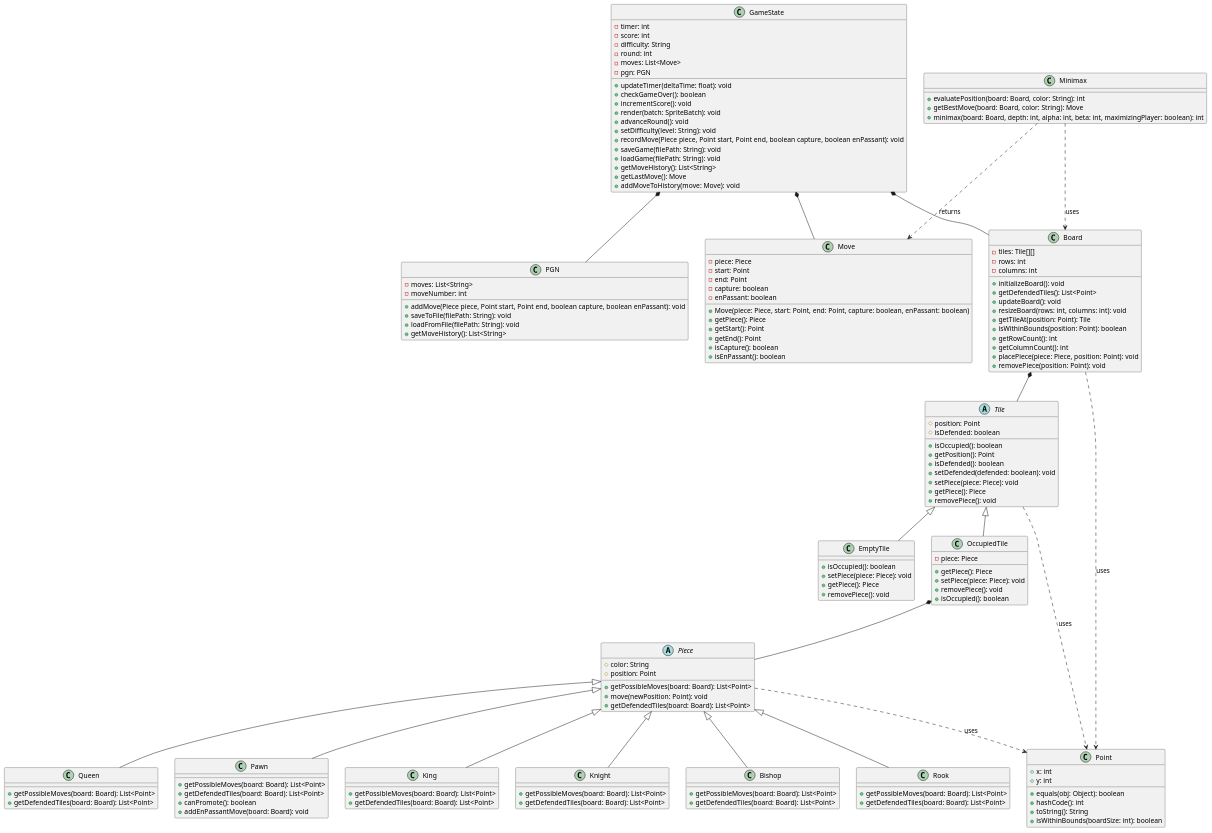
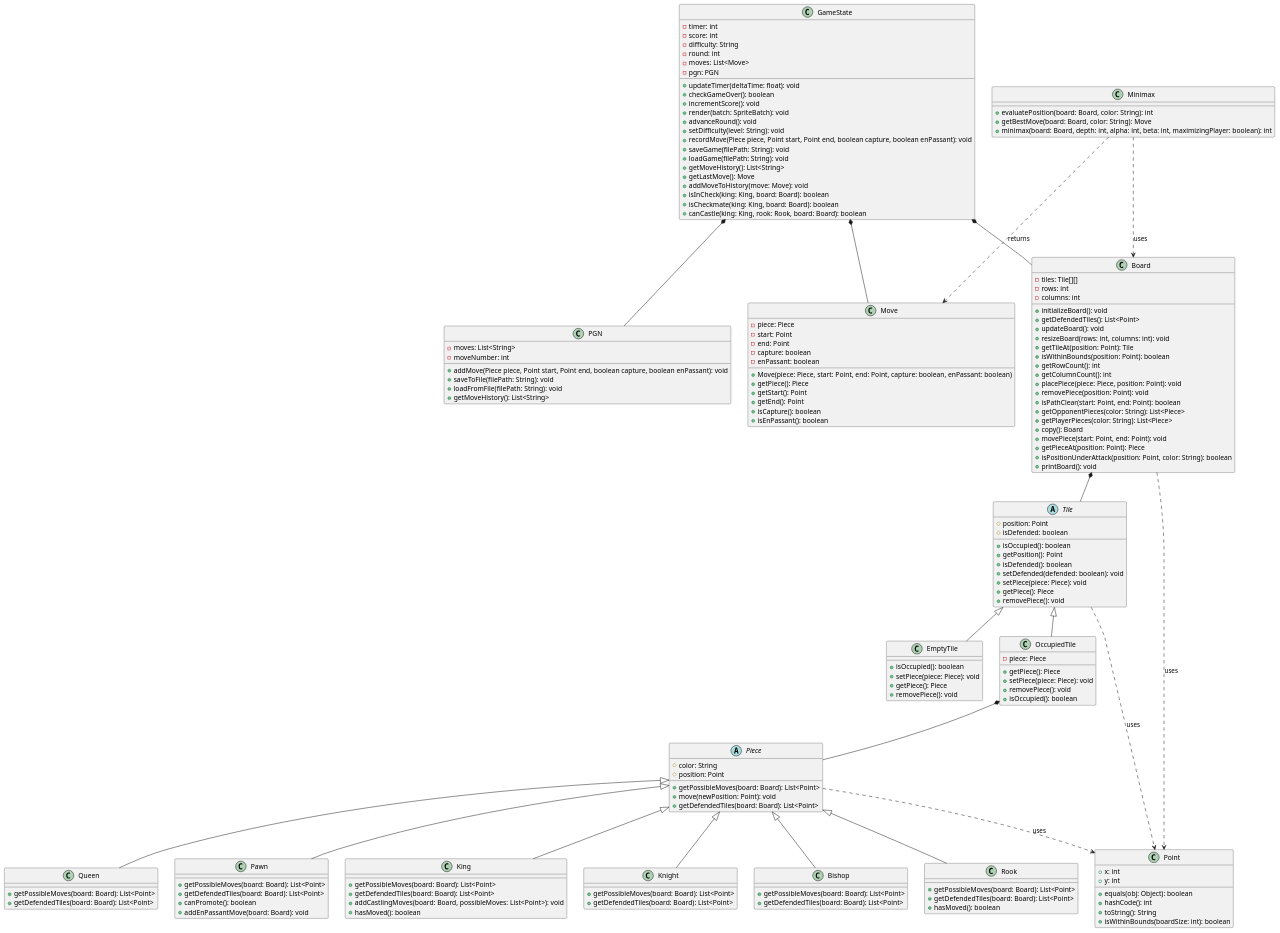
The diagram in UML/WithoutTest.puml (TerminalGambit/PCOO-projetfinal), drawn with PlantUML before and after one commit. The commit also changed 4 other files, not shown here.

```diff
--- a/UML/WithoutTest.puml
+++ b/UML/WithoutTest.puml
@@ -1,157 +1,171 @@
 @startuml
 
 class Point {
     +x: int
     +y: int
     +equals(obj: Object): boolean
     +hashCode(): int
     +toString(): String
     +isWithinBounds(boardSize: int): boolean
 }
 
 abstract class Tile {
     #position: Point
     #isDefended: boolean
     +isOccupied(): boolean
     +getPosition(): Point
     +isDefended(): boolean
     +setDefended(defended: boolean): void
     +setPiece(piece: Piece): void
     +getPiece(): Piece
     +removePiece(): void
 }
 
 class EmptyTile extends Tile {
     +isOccupied(): boolean
     +setPiece(piece: Piece): void
     +getPiece(): Piece
     +removePiece(): void
 }
 
 class OccupiedTile extends Tile {
     -piece: Piece
     +getPiece(): Piece
     +setPiece(piece: Piece): void
     +removePiece(): void
     +isOccupied(): boolean
 }
 
 abstract class Piece {
     #color: String
     #position: Point
     +getPossibleMoves(board: Board): List<Point>
     +move(newPosition: Point): void
     +getDefendedTiles(board: Board): List<Point>
 }
 
 class King extends Piece {
     +getPossibleMoves(board: Board): List<Point>
     +getDefendedTiles(board: Board): List<Point>
+    +addCastlingMoves(board: Board, possibleMoves: List<Point>): void
+    +hasMoved(): boolean
 }
 
 class Knight extends Piece {
     +getPossibleMoves(board: Board): List<Point>
     +getDefendedTiles(board: Board): List<Point>
 }
 
 class Bishop extends Piece {
     +getPossibleMoves(board: Board): List<Point>
     +getDefendedTiles(board: Board): List<Point>
 }
 
 class Rook extends Piece {
     +getPossibleMoves(board: Board): List<Point>
     +getDefendedTiles(board: Board): List<Point>
+    +hasMoved(): boolean
 }
 
 class Queen extends Piece {
     +getPossibleMoves(board: Board): List<Point>
     +getDefendedTiles(board: Board): List<Point>
 }
 
 class Pawn extends Piece {
     +getPossibleMoves(board: Board): List<Point>
     +getDefendedTiles(board: Board): List<Point>
     +canPromote(): boolean
     +addEnPassantMove(board: Board): void
 }
 
 class Board {
     -tiles: Tile[][]
     -rows: int
     -columns: int
     +initializeBoard(): void
     +getDefendedTiles(): List<Point>
     +updateBoard(): void
     +resizeBoard(rows: int, columns: int): void
     +getTileAt(position: Point): Tile
     +isWithinBounds(position: Point): boolean
     +getRowCount(): int
     +getColumnCount(): int
     +placePiece(piece: Piece, position: Point): void
     +removePiece(position: Point): void
+    +isPathClear(start: Point, end: Point): boolean
+    +getOpponentPieces(color: String): List<Piece>
+    +getPlayerPieces(color: String): List<Piece>
+    +copy(): Board
+    +movePiece(start: Point, end: Point): void
+    +getPieceAt(position: Point): Piece
+    +isPositionUnderAttack(position: Point, color: String): boolean
+    +printBoard(): void
 }
 
 class GameState {
     -timer: int
     -score: int
     -difficulty: String
     -round: int
     -moves: List<Move>
     -pgn: PGN
     +updateTimer(deltaTime: float): void
     +checkGameOver(): boolean
     +incrementScore(): void
     +render(batch: SpriteBatch): void
     +advanceRound(): void
     +setDifficulty(level: String): void
     +recordMove(Piece piece, Point start, Point end, boolean capture, boolean enPassant): void
     +saveGame(filePath: String): void
     +loadGame(filePath: String): void
     +getMoveHistory(): List<String>
     +getLastMove(): Move
     +addMoveToHistory(move: Move): void
+    +isInCheck(king: King, board: Board): boolean
+    +isCheckmate(king: King, board: Board): boolean
+    +canCastle(king: King, rook: Rook, board: Board): boolean
 }
 
 class PGN {
     -moves: List<String>
     -moveNumber: int
     +addMove(Piece piece, Point start, Point end, boolean capture, boolean enPassant): void
     +saveToFile(filePath: String): void
     +loadFromFile(filePath: String): void
     +getMoveHistory(): List<String>
 }
 
 class Minimax {
     +evaluatePosition(board: Board, color: String): int
     +getBestMove(board: Board, color: String): Move
     +minimax(board: Board, depth: int, alpha: int, beta: int, maximizingPlayer: boolean): int
 }
 
 class Move {
     -piece: Piece
     -start: Point
     -end: Point
     -capture: boolean
     -enPassant: boolean
     +Move(piece: Piece, start: Point, end: Point, capture: boolean, enPassant: boolean)
     +getPiece(): Piece
     +getStart(): Point
     +getEnd(): Point
     +isCapture(): boolean
     +isEnPassant(): boolean
 }
 
 OccupiedTile *-- Piece
 Board *-- Tile
 GameState *-- Board
 GameState *-- PGN
 GameState *-- Move
 Minimax ..> Board : uses
 Minimax ..> Move : returns
 
 Tile ..> Point : uses
 Piece ..> Point : uses
 Board ..> Point : uses
 
 @enduml
```
